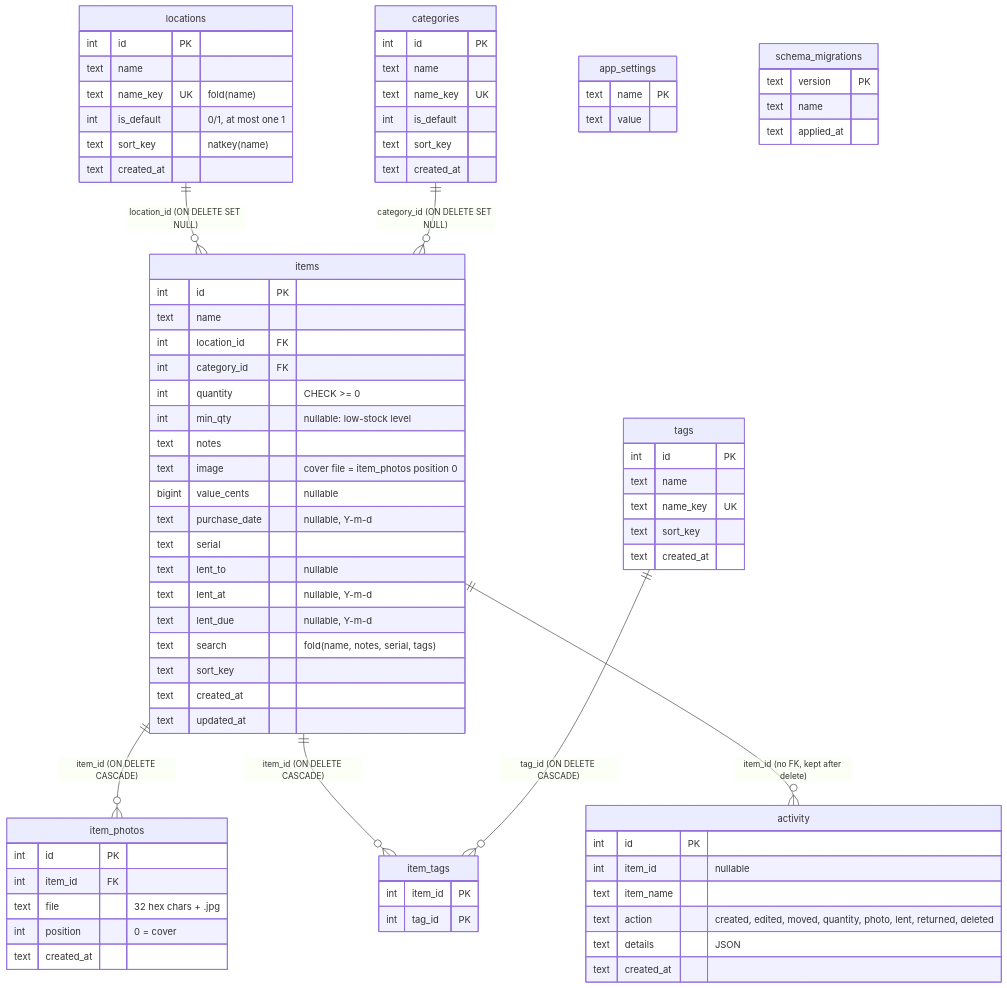
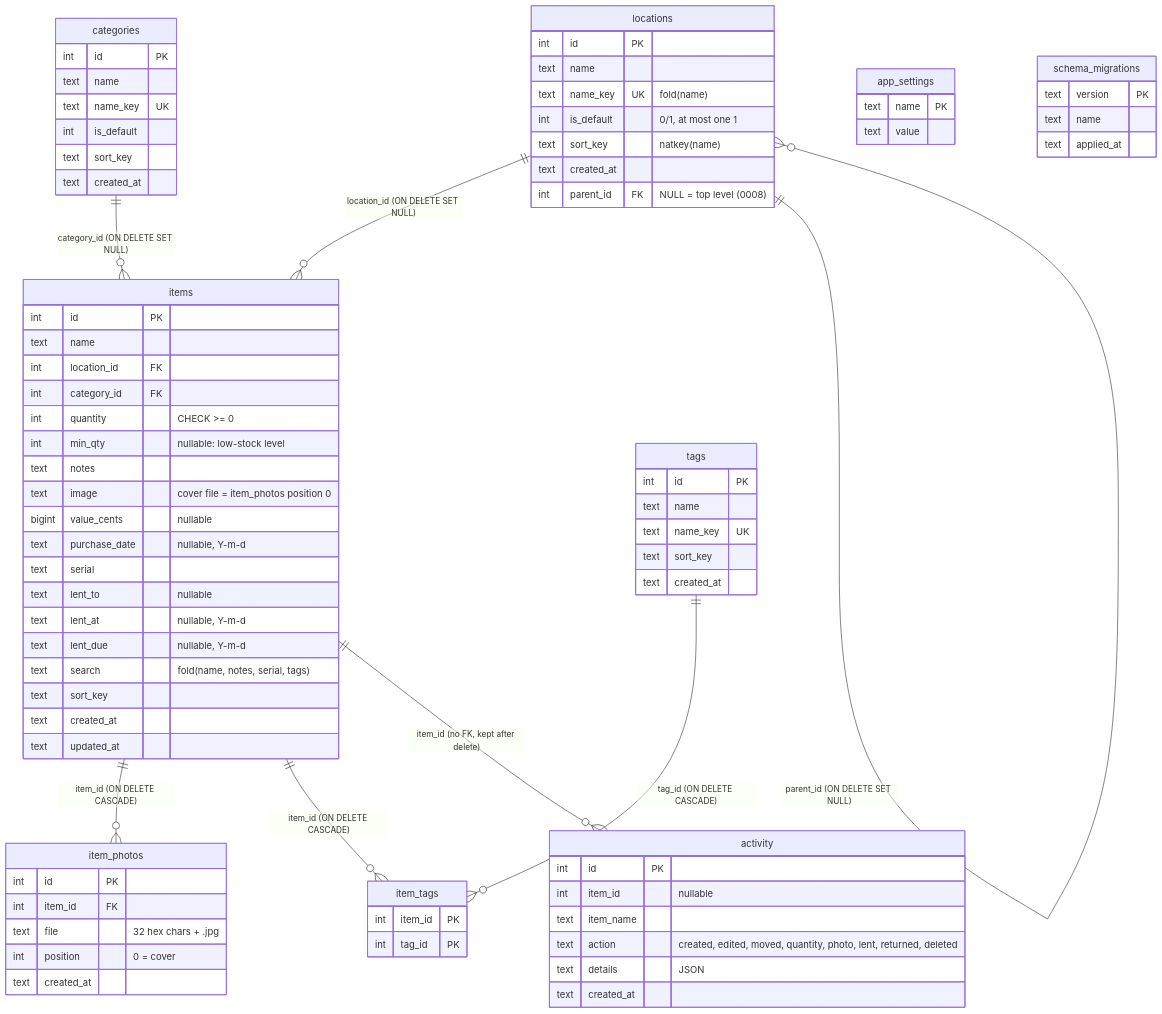
Before and after one commit to thordin9/apotheke: the first of 2 diagrams in docs/database.md, drawn with Mermaid. The commit also changed other lines of this file and 6 other files, not shown here.

````diff
--- a/docs/database.md
+++ b/docs/database.md
@@ -8,6 +8,7 @@
 ```mermaid
 erDiagram
   locations ||--o{ items : "location_id (ON DELETE SET NULL)"
+  locations ||--o{ locations : "parent_id (ON DELETE SET NULL)"
   categories ||--o{ items : "category_id (ON DELETE SET NULL)"
   items ||--o{ item_photos : "item_id (ON DELETE CASCADE)"
   items ||--o{ item_tags : "item_id (ON DELETE CASCADE)"
@@ -21,6 +22,7 @@
     int is_default "0/1, at most one 1"
     text sort_key "natkey(name)"
     text created_at
+    int parent_id FK "NULL = top level (0008)"
   }
   categories {
     int id PK
````
